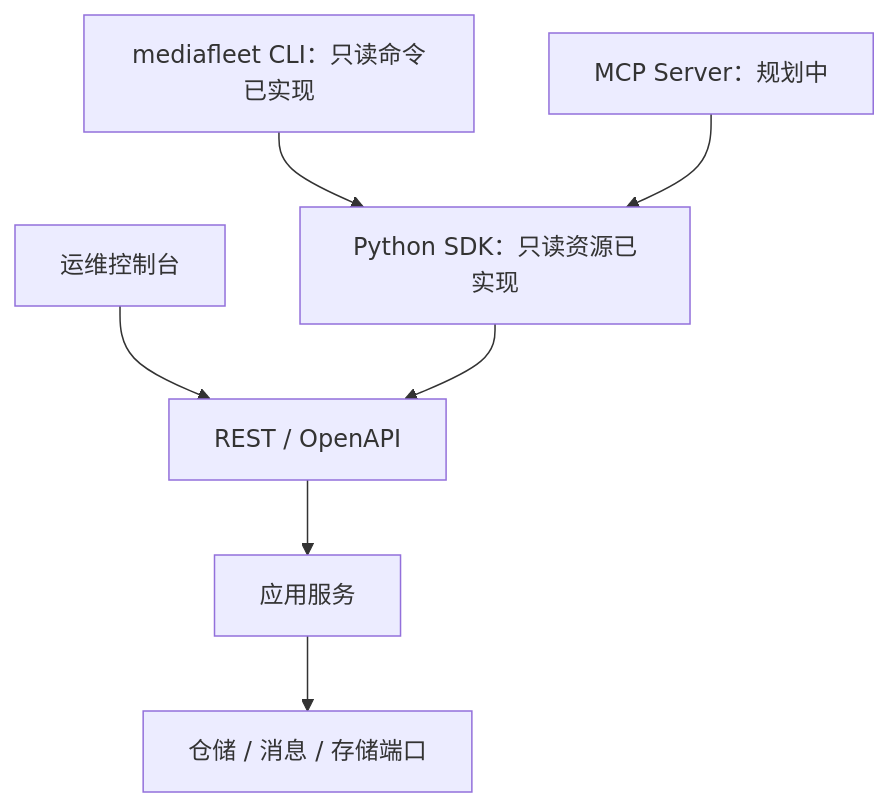
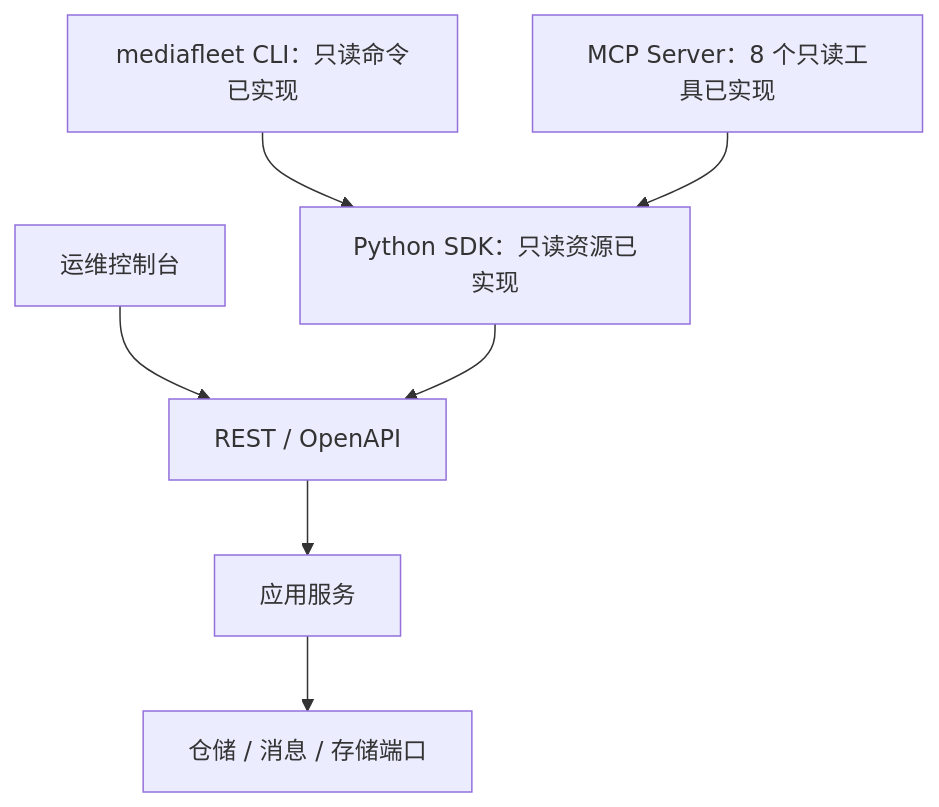
One commit to huxiaodong1989/MediaFleet changed the diagram in docs/architecture/interfaces.md. Above: the diagram before and after it, drawn with Mermaid. The commit also changed other lines of this file and 23 other files, not shown here.

Commit message:
feat: 添加 MediaFleet 只读 MCP Server

````diff
--- a/docs/architecture/interfaces.md
+++ b/docs/architecture/interfaces.md
@@ -7,17 +7,17 @@
 ```mermaid
 flowchart TB
     REST[REST / OpenAPI]
     Console[运维控制台]
     SDK[Python SDK：只读资源已实现]
     CLI[mediafleet CLI：只读命令已实现]
-    MCP[MCP Server：规划中]
+    MCP[MCP Server：8 个只读工具已实现]
     App[应用服务]
     Ports[仓储 / 消息 / 存储端口]
 
     REST --> App
     Console --> REST
     SDK --> REST
     CLI --> SDK
     MCP --> SDK
     App --> Ports
 ```
````
